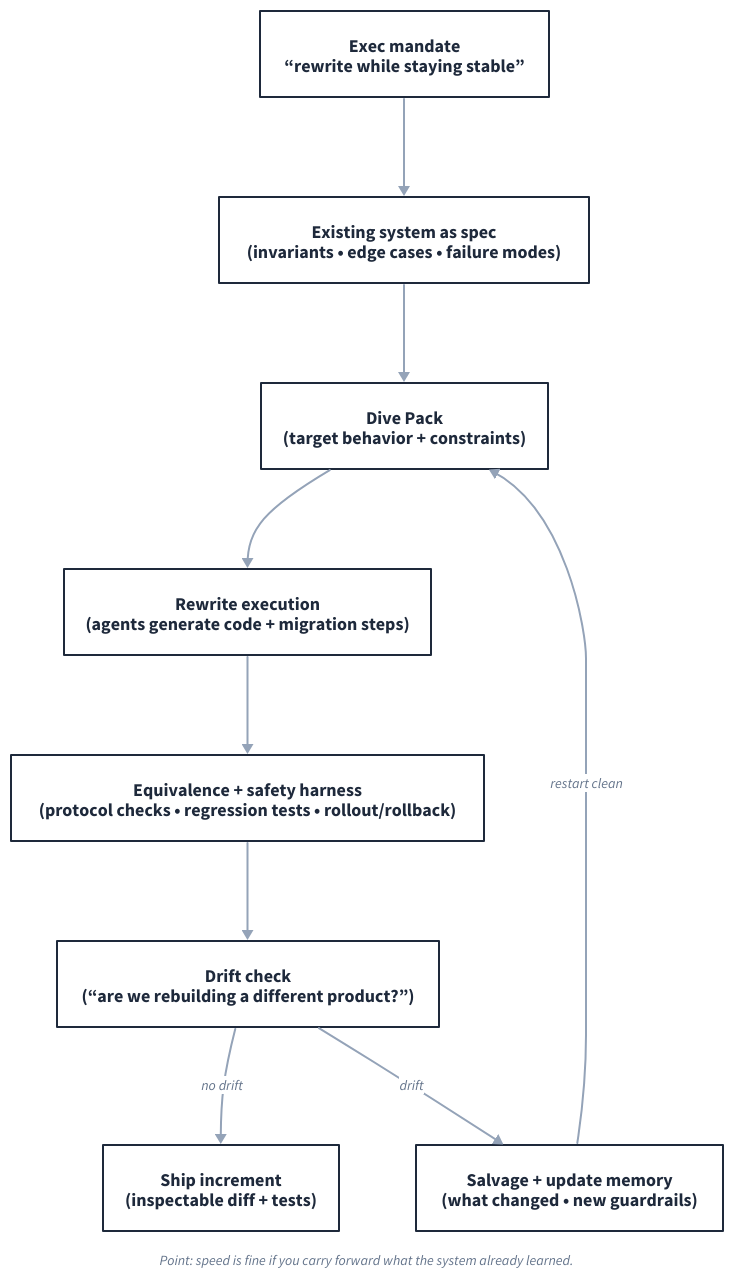
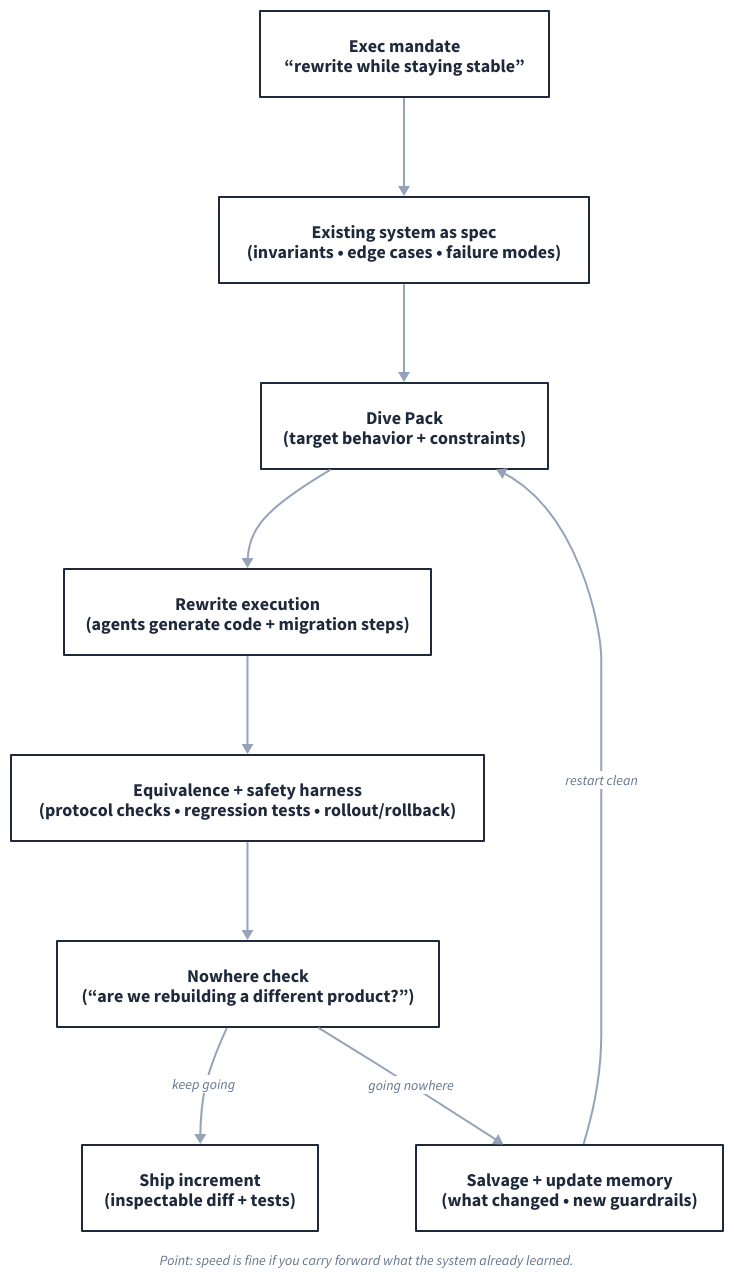
Before and after one commit to muness/muness.github.io: the diagram in viz/rewrite-with-safety-harness.d2, drawn with D2. The commit also changed 6 other files, not shown here.

Commit message:
Replace 'drift' with 'going nowhere'

```diff
--- a/viz/rewrite-with-safety-harness.d2
+++ b/viz/rewrite-with-safety-harness.d2
@@ -1,104 +1,104 @@
 direction: down
 
 vars: {
   center-color: "#64748B"
   accent-color: "#94A3B8"
   text-color: "#1E293B"
   subtitle-color: "#64748B"
 }
 
 classes: {
   box: {
     style: {
       stroke: ${text-color}
       stroke-width: 2
       fill: "#FFFFFF"
       font-color: ${text-color}
       font-size: 18
       bold: true
     }
   }
   edge: {
     style: {
       stroke: ${accent-color}
       stroke-width: 2
       font-color: ${subtitle-color}
       font-size: 14
     }
   }
   note: {
     shape: text
     style: {
       font-color: ${subtitle-color}
       font-size: 14
       italic: true
     }
   }
 }
 
 mandate: {
   class: box
   label: "Exec mandate\n“rewrite while staying stable”"
 }
 
 spec: {
   class: box
   label: "Existing system as spec\n(invariants • edge cases • failure modes)"
 }
 
 dive: {
   class: box
   label: "Dive Pack\n(target behavior + constraints)"
 }
 
 run: {
   class: box
   label: "Rewrite execution\n(agents generate code + migration steps)"
 }
 
 gates: {
   class: box
   label: "Equivalence + safety harness\n(protocol checks • regression tests • rollout/rollback)"
 }
 
 drift: {
   class: box
-  label: "Drift check\n(“are we rebuilding a different product?”)"
+  label: "Nowhere check\n(“are we rebuilding a different product?”)"
 }
 
 ship: {
   class: box
   label: "Ship increment\n(inspectable diff + tests)"
 }
 
 salvage: {
   class: box
   label: "Salvage + update memory\n(what changed • new guardrails)"
 }
 
 mandate -> spec: {class: edge}
 spec -> dive: {class: edge}
 dive -> run: {class: edge}
 run -> gates: {class: edge}
 gates -> drift: {class: edge}
 
 drift -> ship: {
   class: edge
-  label: "no drift"
+  label: "keep going"
 }
 
 drift -> salvage: {
   class: edge
-  label: "drift"
+  label: "going nowhere"
 }
 
 salvage -> dive: {
   class: edge
   label: "restart clean"
 }
 
 caption: {
   class: note
   label: "Point: speed is fine if you carry forward what the system already learned."
   near: bottom-center
 }
```
